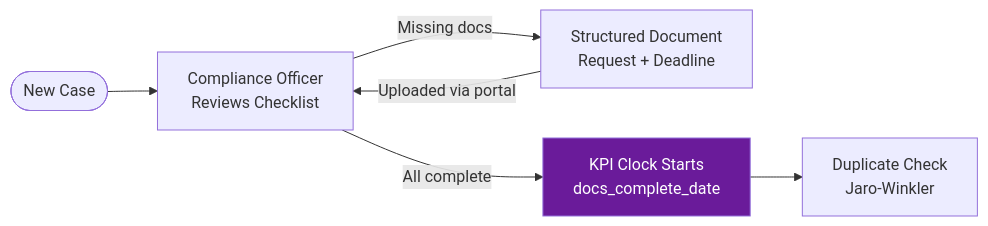
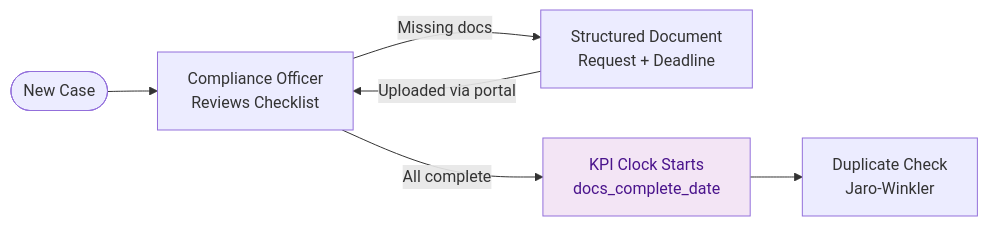
Before and after one commit to mazharr-hussain/KycReport: the third of 8 diagrams in docs/diagrams/best-practice-e2e.md, drawn with Mermaid. The commit also changed other lines of this file and 7 other files, not shown here.

First line of the commit message:
Switch all diagrams to light pastel palette with dark text

````diff
--- a/docs/diagrams/best-practice-e2e.md
+++ b/docs/diagrams/best-practice-e2e.md
@@ -58,10 +58,10 @@
 ```mermaid
 flowchart LR
     CASE([New Case]) --> CO[Compliance Officer\nReviews Checklist]
     CO -->|Missing docs| RFQ[Structured Document\nRequest + Deadline]
     RFQ -->|Uploaded via portal| CO
     CO -->|All complete| KPI[KPI Clock Starts\ndocs_complete_date]
     KPI --> DUP[Duplicate Check\nJaro-Winkler]
 
-    style KPI fill:#6A1B9A,color:#fff
+    style KPI fill:#F3E5F5,color:#4A148C
 ```
````
